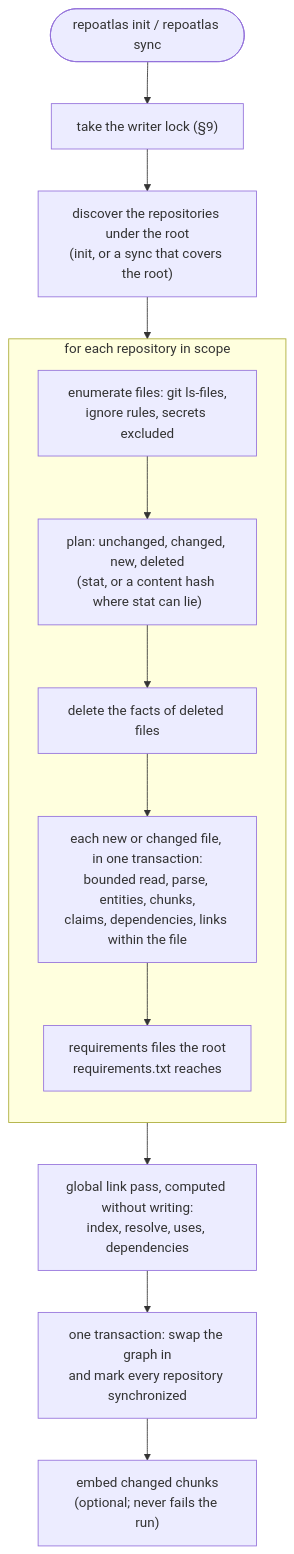
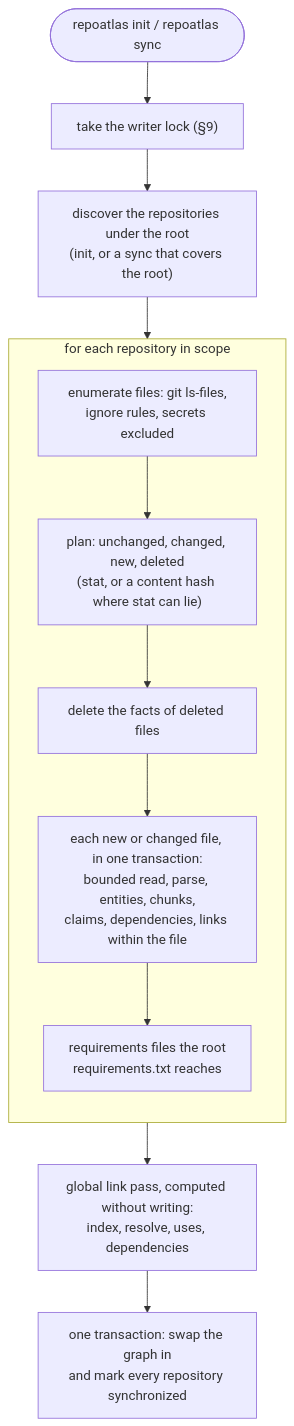
One commit to Symasc/RepoAtlas changed the second of 3 diagrams in docs/ARCHITECTURE.md. Above: the diagram before and after it, drawn with Mermaid. The commit also changed other lines of this file and 145 other files, not shown here.

````diff
--- a/docs/ARCHITECTURE.md
+++ b/docs/ARCHITECTURE.md
@@ -2094,16 +2030,15 @@
 ```mermaid
 flowchart TD
     run(["repoatlas init / repoatlas sync"]) --> lock["take the writer lock (§9)"]
     lock --> discover["discover the repositories under the root<br/>(init, or a sync that covers the root)"]
     discover --> enumerate
     subgraph repository["for each repository in scope"]
         direction TB
         enumerate["enumerate files: git ls-files,<br/>ignore rules, secrets excluded"] --> plan["plan: unchanged, changed, new, deleted<br/>(stat, or a content hash where stat can lie)"]
         plan --> delete["delete the facts of deleted files"]
         delete --> file["each new or changed file, in one transaction:<br/>bounded read, parse, entities, chunks,<br/>claims, dependencies, links within the file"]
         file --> requirements["requirements files the root<br/>requirements.txt reaches"]
     end
     requirements --> prepare["global link pass, computed without writing:<br/>index, resolve, uses, dependencies"]
     prepare --> swap["one transaction: swap the graph in<br/>and mark every repository synchronized"]
-    swap --> embed["embed changed chunks<br/>(optional; never fails the run)"]
 ```
````
